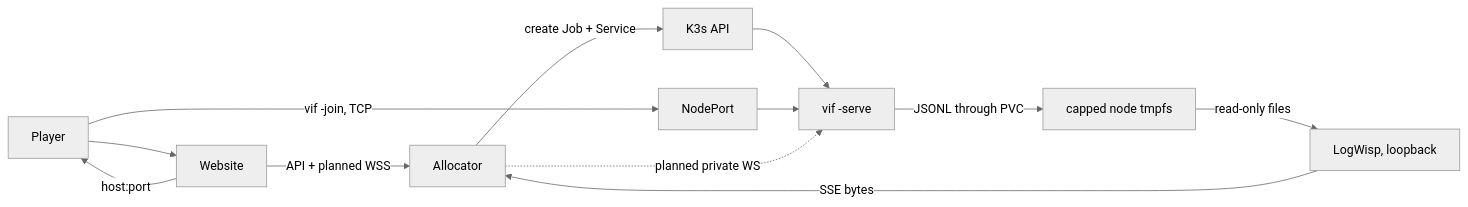
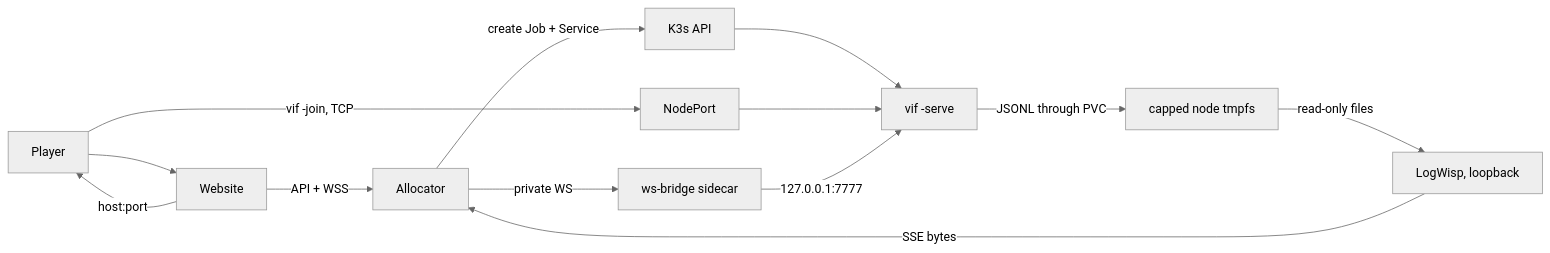
Before and after one commit to lixenwraith/vi-fighter: the diagram in doc/kubernetes-fleet.md, drawn with Mermaid (neutral theme). The commit also changed other lines of this file and 37 other files, not shown here.

````diff
--- a/doc/kubernetes-fleet.md
+++ b/doc/kubernetes-fleet.md
@@ -29,13 +29,14 @@
 ```mermaid
 flowchart LR
     Player["Player"] --> Site["Website"]
-    Site -->|"API + planned WSS"| Alloc["Allocator"]
+    Site -->|"API + WSS"| Alloc["Allocator"]
     Alloc -->|"create Job + Service"| API["K3s API"]
     API --> Pod["vif -serve"]
     Site -->|"host:port"| Player
     Player -->|"vif -join, TCP"| NP["NodePort"] --> Pod
-    Alloc -.->|"planned private WS"| Pod
+    Alloc -->|"private WS"| Bridge["ws-bridge sidecar"]
+    Bridge -->|"127.0.0.1:7777"| Pod
     Pod -->|"JSONL through PVC"| Logs["capped node tmpfs"]
     Logs -->|"read-only files"| Wisp["LogWisp, loopback"]
     Wisp -->|"SSE bytes"| Alloc
 ```
````
